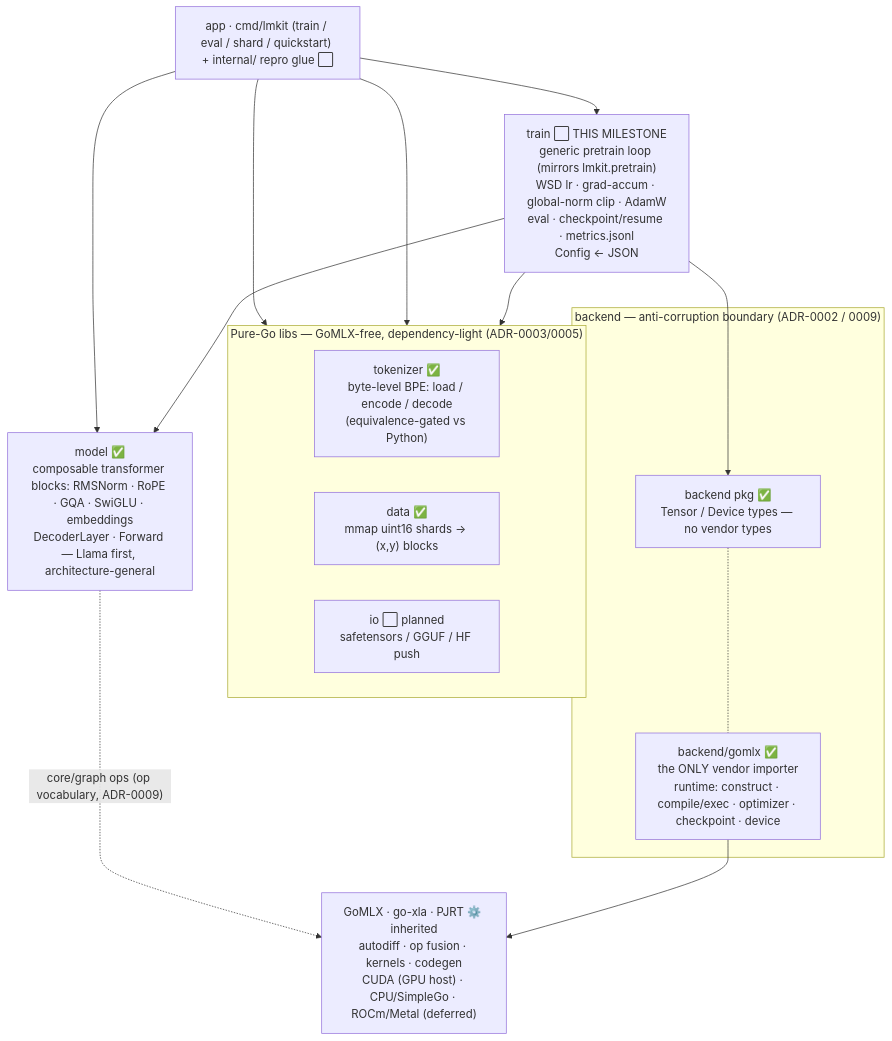
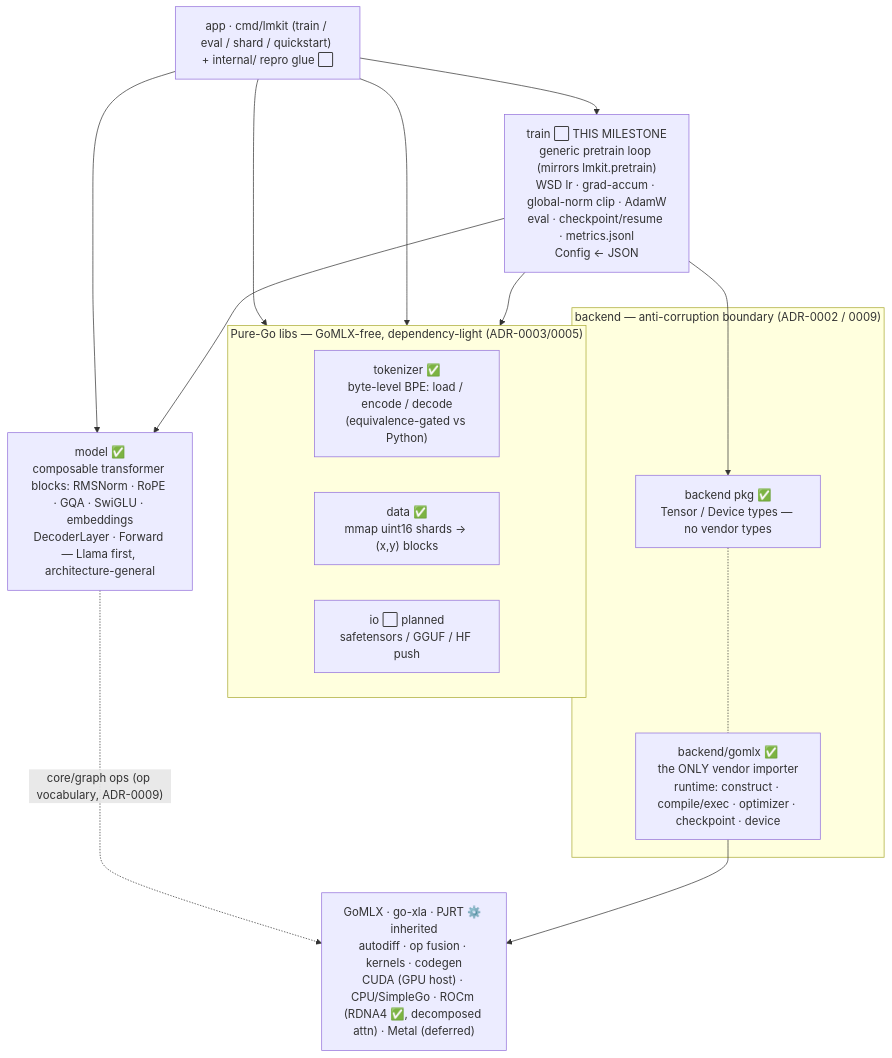
Before and after one commit to guygrigsby/lmkit-go: the first of 2 diagrams in docs/architecture.md, drawn with Mermaid. The commit also changed 5 other files, not shown here.

First line of the commit message:
docs: cover CUDA + ROCm backends, add docs/backends.md setup directions

````diff
--- a/docs/architecture.md
+++ b/docs/architecture.md
@@ -7,33 +7,33 @@
 ```mermaid
 flowchart TB
   CLI["app · cmd/lmkit (train / eval / shard / quickstart) + internal/ repro glue ⬜"]
 
   subgraph PUREGO["Pure-Go libs — GoMLX-free, dependency-light (ADR-0003/0005)"]
     direction LR
     TOK["tokenizer ✅<br/>byte-level BPE: load / encode / decode<br/>(equivalence-gated vs Python)"]
     DATA["data ✅<br/>mmap uint16 shards → (x,y) blocks"]
     IO["io ⬜ planned<br/>safetensors / GGUF / HF push"]
   end
 
   TRAIN["train ⬜ THIS MILESTONE<br/>generic pretrain loop (mirrors lmkit.pretrain)<br/>WSD lr · grad-accum · global-norm clip · AdamW<br/>eval · checkpoint/resume · metrics.jsonl<br/>Config ← JSON"]
 
   MODEL["model ✅<br/>composable transformer blocks: RMSNorm · RoPE · GQA · SwiGLU · embeddings<br/>DecoderLayer · Forward — Llama first, architecture-general"]
 
   subgraph BND["backend — anti-corruption boundary (ADR-0002 / 0009)"]
     IFACE["backend pkg ✅<br/>Tensor / Device types — no vendor types"]
     ADP["backend/gomlx ✅<br/>the ONLY vendor importer<br/>runtime: construct · compile/exec · optimizer · checkpoint · device"]
   end
 
-  VENDOR["GoMLX · go-xla · PJRT ⚙️ inherited<br/>autodiff · op fusion · kernels · codegen<br/>CUDA (GPU host) · CPU/SimpleGo · ROCm/Metal (deferred)"]
+  VENDOR["GoMLX · go-xla · PJRT ⚙️ inherited<br/>autodiff · op fusion · kernels · codegen<br/>CUDA (GPU host) · CPU/SimpleGo · ROCm (RDNA4 ✅, decomposed attn) · Metal (deferred)"]
 
   CLI --> TRAIN
   CLI --> MODEL
   CLI --> DATA
   CLI --> TOK
   TRAIN --> MODEL
   TRAIN --> DATA
   TRAIN --> IFACE
   MODEL -. "core/graph ops (op vocabulary, ADR-0009)" .-> VENDOR
   ADP --> VENDOR
   IFACE -.- ADP
 ```
````
